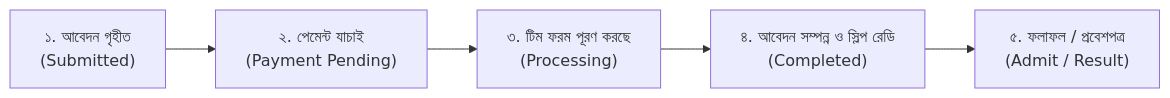
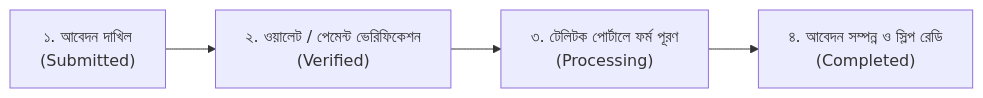
One commit to mdleon5700/shebabondu changed the fourth of 4 diagrams in docs/CANDIDATE_PORTAL_PAGES_AND_FUNCTIONS_GUIDE.md. Above: the diagram before and after it, drawn with Mermaid. The commit also changed other lines of this file and 6 other files, not shown here.

Commit message:
feat(cluster6): audit and enhance applications submission and live tracking hub with wallet debit, 4-status categories, timeline stepper, and E2E Playwright verification

````diff
--- a/docs/CANDIDATE_PORTAL_PAGES_AND_FUNCTIONS_GUIDE.md
+++ b/docs/CANDIDATE_PORTAL_PAGES_AND_FUNCTIONS_GUIDE.md
@@ -358,10 +362,9 @@
 ```mermaid
 flowchart LR
-    S1["১. আবেদন গৃহীত\n(Submitted)"]
-    S2["২. পেমেন্ট যাচাই\n(Payment Pending)"]
-    S3["৩. টিম ফরম পূরণ করছে\n(Processing)"]
+    S1["১. আবেদন দাখিল\n(Submitted)"]
+    S2["২. ওয়ালেট / পেমেন্ট ভেরিফিকেশন\n(Verified)"]
+    S3["৩. টেলিটক পোর্টালে ফর্ম পূরণ\n(Processing)"]
     S4["৪. আবেদন সম্পন্ন ও স্লিপ রেডি\n(Completed)"]
-    S5["৫. ফলাফল / প্রবেশপত্র\n(Admit / Result)"]
 
-    S1 --> S2 --> S3 --> S4 --> S5
+    S1 --> S2 --> S3 --> S4
 ```
````
